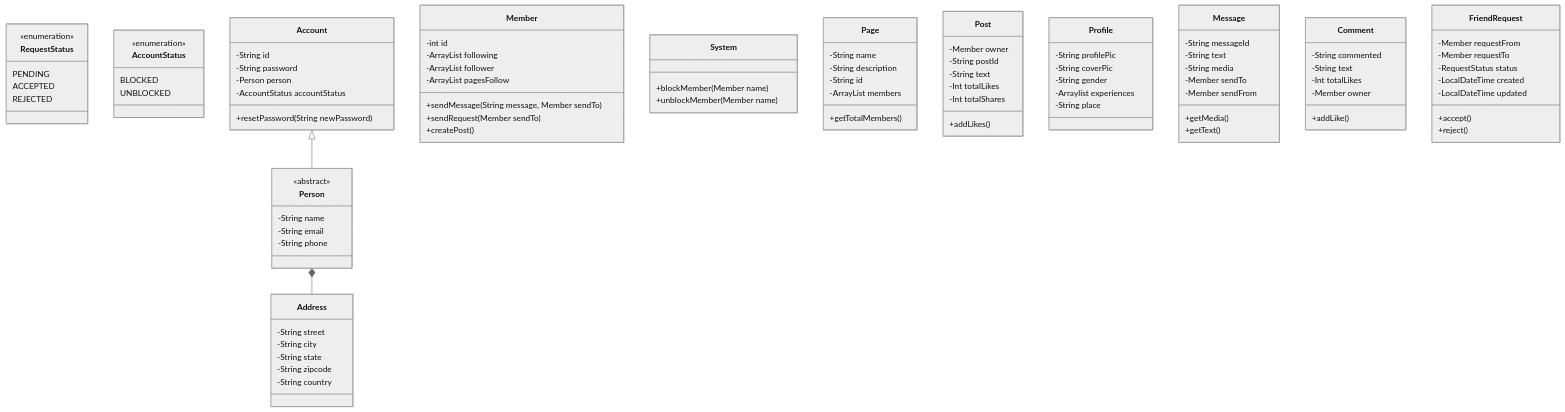
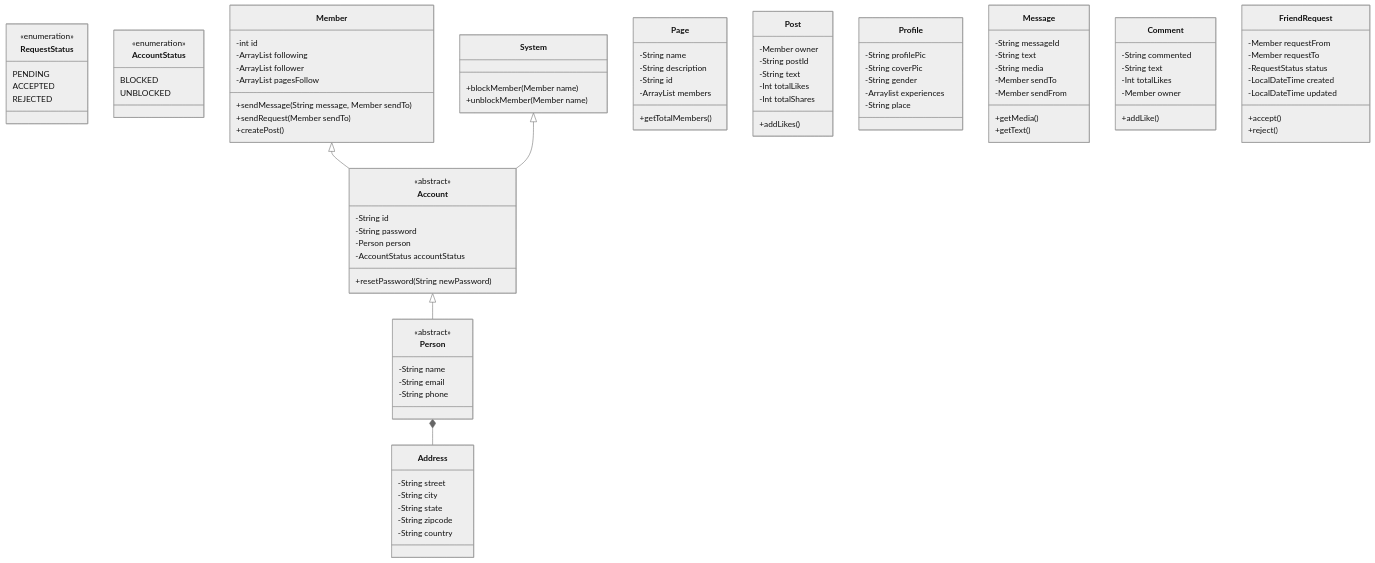
One commit to workrahul22/learning changed the diagram in 2. Low Level Design/LLDExamples.md. Above: the diagram before and after it, drawn with Mermaid (neutral theme).

```diff
--- a/2. Low Level Design/LLDExamples.md
+++ b/2. Low Level Design/LLDExamples.md
@@ -32,6 +32,7 @@
 
     Person *-- Address
     class Account {
+      <<abstract>>
       -String id
       -String password
       -Person person
@@ -49,11 +50,13 @@
       +sendRequest(Member sendTo)
       +createPost()
     }
+    Member <|-- Account
 
     class System {
       +blockMember(Member name)
       +unblockMember(Member name)
     }
+    System <|-- Account
 
     class Page {
       -String name
```
